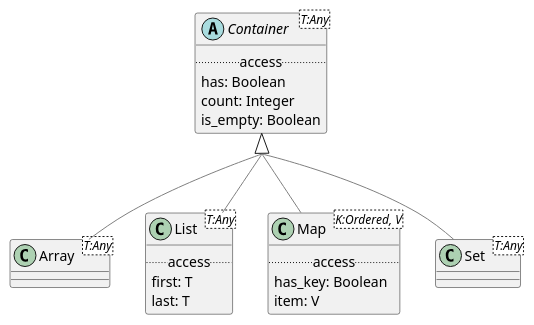
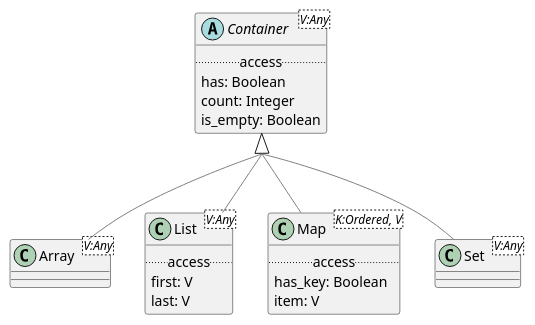
The diagram in modules/ROOT/examples/bmm/representation/builtin_types/structures/structures-package-uml.adoc (wolandscat/openehr-doc), drawn with PlantUML before and after one commit. The commit also changed 1814 other files, not shown here.

```diff
--- a/modules/ROOT/examples/bmm/representation/builtin_types/structures/structures-package-uml.adoc
+++ b/modules/ROOT/examples/bmm/representation/builtin_types/structures/structures-package-uml.adoc
@@ -3,45 +3,44 @@
 [plantuml,opts=interactive,link=self]
 ....
 skinparam groupInheritance 2
 skinparam citedClassColor #FDFDFD
 
 
-class Array<T:Any> [[/openehr-doc/latest/representation/builtin_types-gen.html#_class_array]] {
+class Array<V:Any> [[/openehr-doc/latest/representation/builtin_types-gen.html#_class_array]] {
 }
 
 Array -[#gray]up-|> Container  
 
 
-class List<T:Any> [[/openehr-doc/latest/representation/builtin_types-gen.html#_class_list]] {
+class List<V:Any> [[/openehr-doc/latest/representation/builtin_types-gen.html#_class_list]] {
         .. access ..
-        first: T
-        last: T
+        first: V
+        last: V
 }
 
 List -[#gray]up-|> Container  
 
 
 class Map<K:Ordered, V> [[/openehr-doc/latest/representation/builtin_types-gen.html#_class_map]] {
         .. access ..
         has_key: Boolean
         item: V
 }
 
 Map -[#gray]up-|> Container  
 
 
-abstract class Container<T:Any> [[/openehr-doc/latest/representation/builtin_types-gen.html#_class_container]] {
+abstract class Container<V:Any> [[/openehr-doc/latest/representation/builtin_types-gen.html#_class_container]] {
         .. access ..
         has: Boolean
         count: Integer
         is_empty: Boolean
 }
 
-
-class Set<T:Any> [[/openehr-doc/latest/representation/builtin_types-gen.html#_class_set]] {
+class Set<V:Any> [[/openehr-doc/latest/representation/builtin_types-gen.html#_class_set]] {
 }
 
 Set -[#gray]up-|> Container  
 
 
 ....
```
